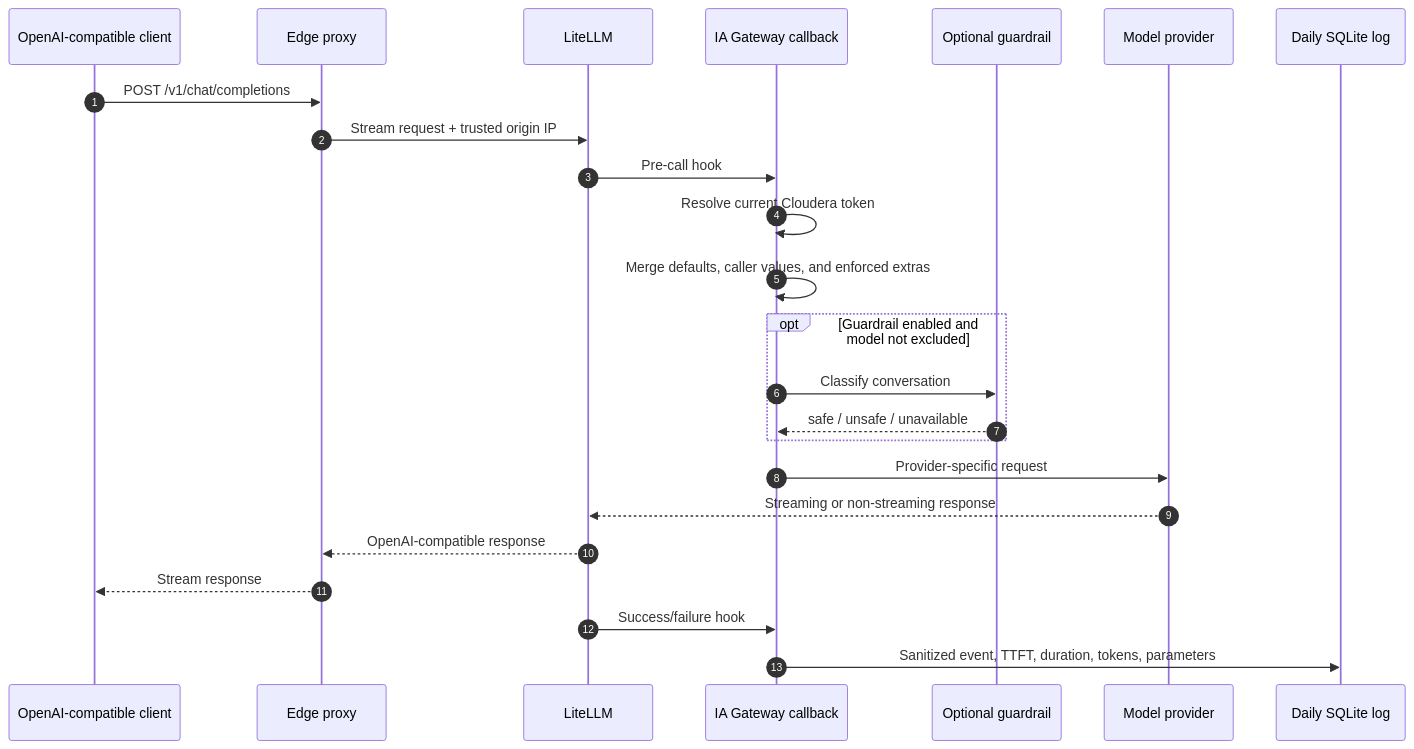
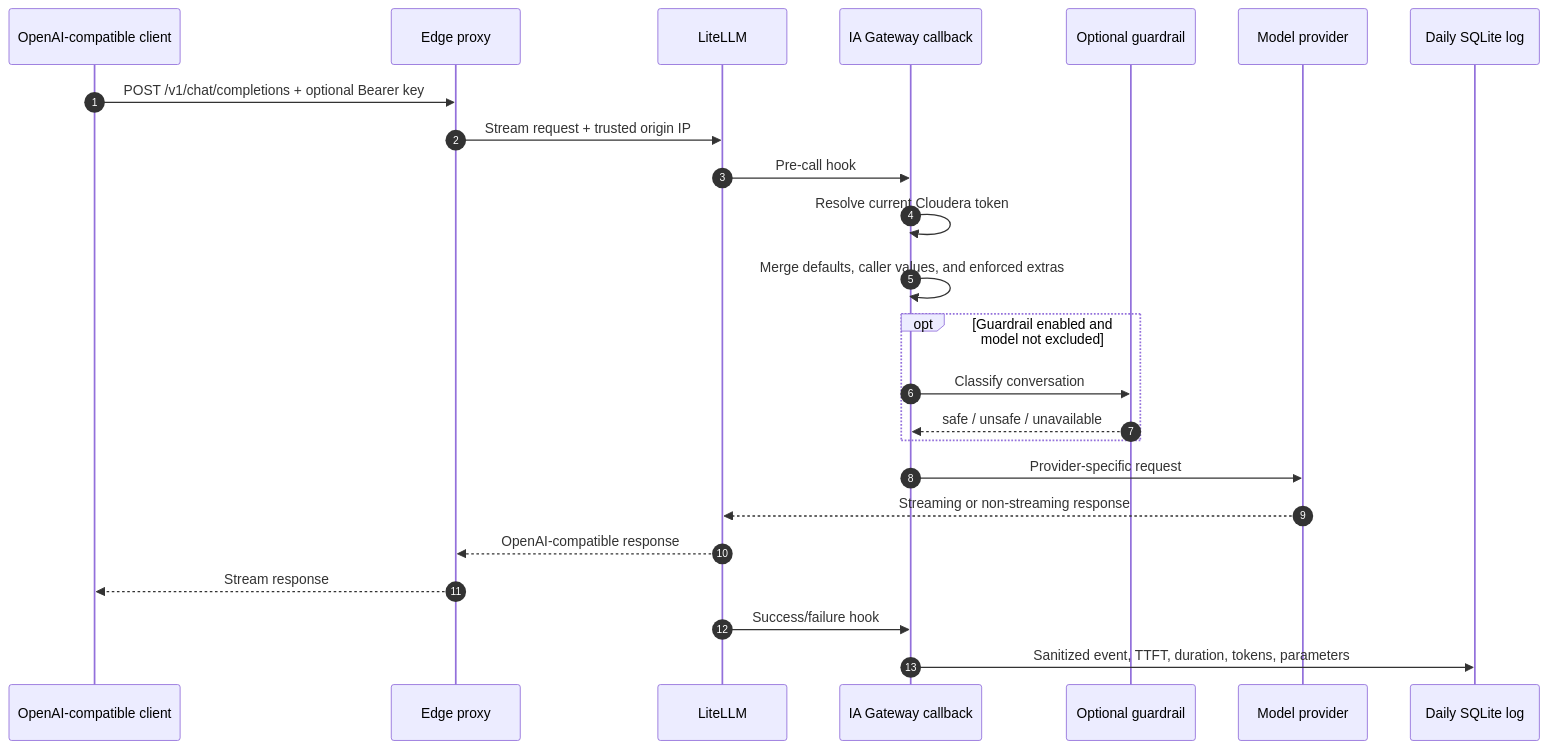
Before and after one commit to smerchanmole/AI-gateway: the third of 3 diagrams in README.md, drawn with Mermaid. The commit also changed other lines of this file and 10 other files, not shown here.

Commit message:
Add optional gateway API key security

````diff
--- a/README.md
+++ b/README.md
@@ -179,26 +180,26 @@
 ```mermaid
 sequenceDiagram
     autonumber
     participant C as OpenAI-compatible client
     participant E as Edge proxy
     participant L as LiteLLM
     participant X as IA Gateway callback
     participant G as Optional guardrail
     participant P as Model provider
     participant S as Daily SQLite log
-    C->>E: POST /v1/chat/completions
+    C->>E: POST /v1/chat/completions + optional Bearer key
     E->>L: Stream request + trusted origin IP
     L->>X: Pre-call hook
     X->>X: Resolve current Cloudera token
     X->>X: Merge defaults, caller values, and enforced extras
     opt Guardrail enabled and model not excluded
         X->>G: Classify conversation
         G-->>X: safe / unsafe / unavailable
     end
     X->>P: Provider-specific request
     P-->>L: Streaming or non-streaming response
     L-->>E: OpenAI-compatible response
     E-->>C: Stream response
     L->>X: Success/failure hook
     X->>S: Sanitized event, TTFT, duration, tokens, parameters
 ```
````
